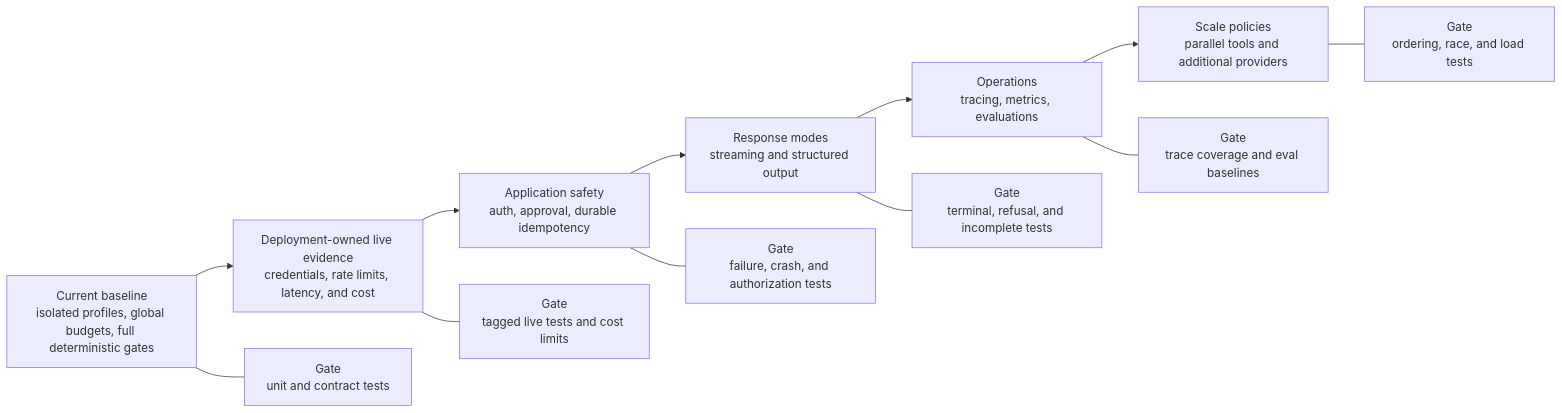
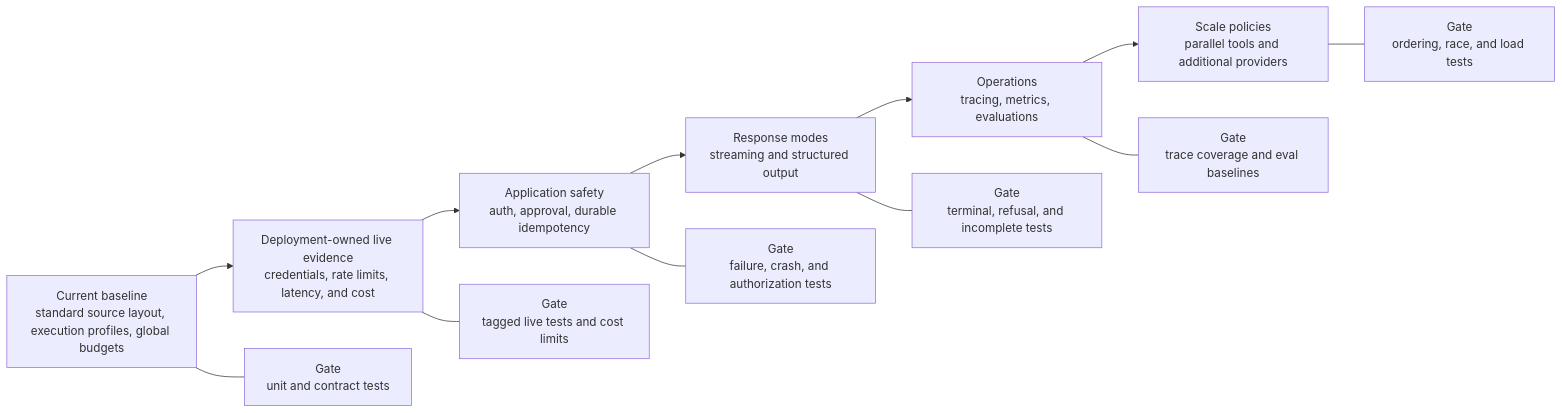
One commit to jamienlu/pickagent changed the second of 2 diagrams in responses-agent-runtime/docs/project-mind-map.md. Above: the diagram before and after it, drawn with Mermaid. The commit also changed 24 other files, not shown here.

````diff
--- a/responses-agent-runtime/docs/project-mind-map.md
+++ b/responses-agent-runtime/docs/project-mind-map.md
@@ -89,15 +89,15 @@
 ```mermaid
 flowchart LR
-    A[Current baseline<br/>isolated profiles, global budgets, full deterministic gates] --> B[Deployment-owned live evidence<br/>credentials, rate limits, latency, and cost]
+    A[Current baseline<br/>standard source layout, execution profiles, global budgets] --> B[Deployment-owned live evidence<br/>credentials, rate limits, latency, and cost]
     B --> C[Application safety<br/>auth, approval, durable idempotency]
     C --> D[Response modes<br/>streaming and structured output]
     D --> E[Operations<br/>tracing, metrics, evaluations]
     E --> F[Scale policies<br/>parallel tools and additional providers]
 
     A --- GA[Gate<br/>unit and contract tests]
     B --- GB[Gate<br/>tagged live tests and cost limits]
     C --- GC[Gate<br/>failure, crash, and authorization tests]
     D --- GD[Gate<br/>terminal, refusal, and incomplete tests]
     E --- GE[Gate<br/>trace coverage and eval baselines]
     F --- GF[Gate<br/>ordering, race, and load tests]
 ```
````
